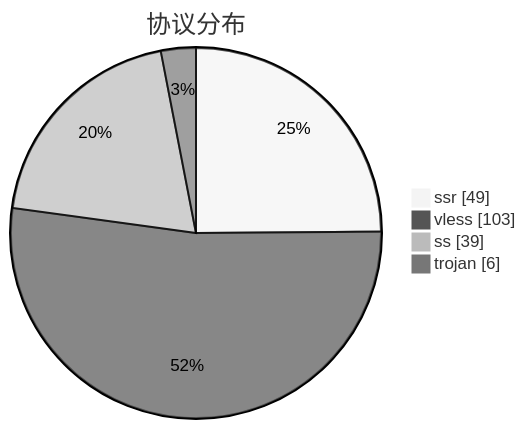
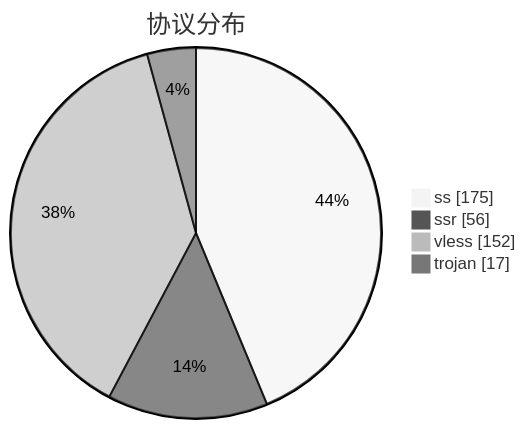
Before and after one commit to qjlxg/airport: the third of 3 diagrams in subs/statistics/tested_within.md, drawn with Mermaid (neutral theme). The commit also changed other lines of this file and 2 other files, not shown here.

````diff
--- a/subs/statistics/tested_within.md
+++ b/subs/statistics/tested_within.md
@@ -17,8 +18,8 @@
 ```mermaid
 pie showData
 title 协议分布
-"ssr" : 49
-"vless" : 103
-"ss" : 39
-"trojan" : 6
+"ss" : 175
+"ssr" : 56
+"vless" : 152
+"trojan" : 17
 ```
````
